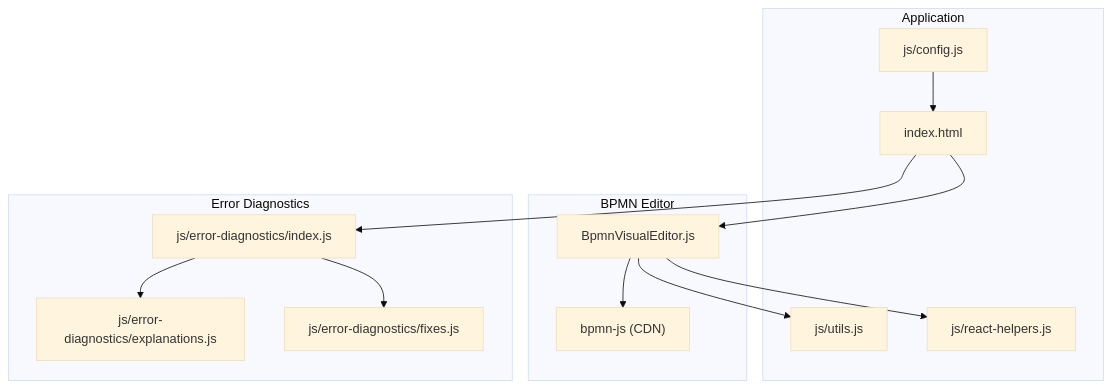
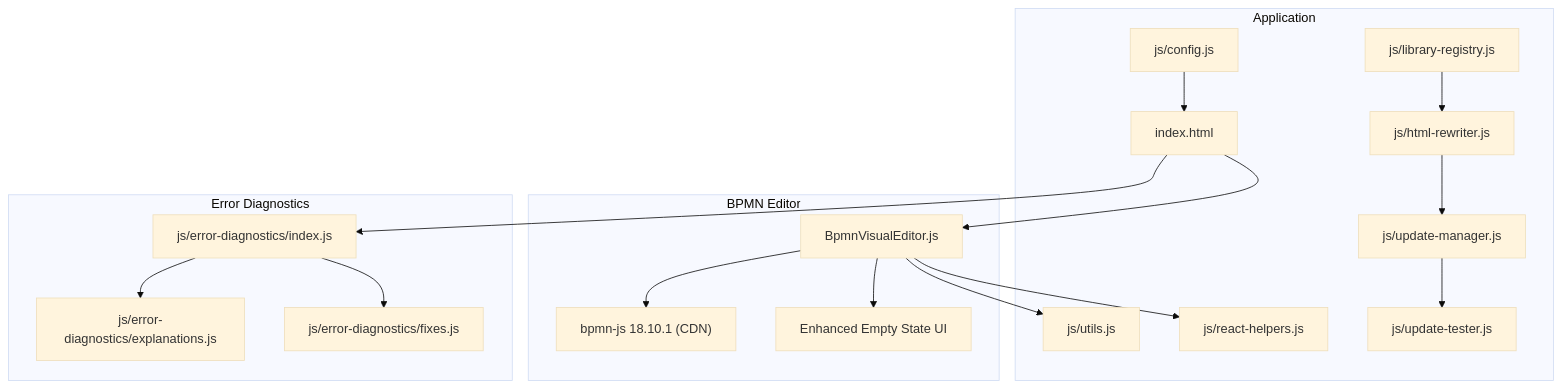
The first of 5 diagrams in .qoder/repowiki/en/content/Editor Architecture/Visual Editors/BPMN Visual Editor.md (ongchonghian/universal-diagram-editor), drawn with Mermaid (base theme) before and after one commit. The commit also changed other lines of this file and 66 other files, not shown here.

First line of the commit message:
refactor: modernize codebase with Vite build system and modular React architecture

````diff
--- a/.qoder/repowiki/en/content/Editor Architecture/Visual Editors/BPMN Visual Editor.md
+++ b/.qoder/repowiki/en/content/Editor Architecture/Visual Editors/BPMN Visual Editor.md
@@ -40,26 +55,35 @@
 ```mermaid
 graph TB
 subgraph "Application"
 IndexHTML["index.html"]
 ConfigJS["js/config.js"]
 UtilsJS["js/utils.js"]
 ReactHelpers["js/react-helpers.js"]
+LibraryRegistry["js/library-registry.js"]
+HtmlRewriter["js/html-rewriter.js"]
+UpdateManager["js/update-manager.js"]
+UpdateTester["js/update-tester.js"]
 end
 subgraph "BPMN Editor"
 BpmnEditor["BpmnVisualEditor.js"]
-BpmnJS["bpmn-js (CDN)"]
+BpmnJS["bpmn-js 18.10.1 (CDN)"]
+EmptyState["Enhanced Empty State UI"]
 end
 subgraph "Error Diagnostics"
 ErrorIndex["js/error-diagnostics/index.js"]
 ErrorExplanations["js/error-diagnostics/explanations.js"]
 ErrorFixes["js/error-diagnostics/fixes.js"]
 end
 IndexHTML --> BpmnEditor
 BpmnEditor --> UtilsJS
 BpmnEditor --> ReactHelpers
 BpmnEditor --> BpmnJS
+BpmnEditor --> EmptyState
 IndexHTML --> ErrorIndex
 ErrorIndex --> ErrorExplanations
 ErrorIndex --> ErrorFixes
+LibraryRegistry --> HtmlRewriter
+HtmlRewriter --> UpdateManager
+UpdateManager --> UpdateTester
 ConfigJS --> IndexHTML
 ```
````
